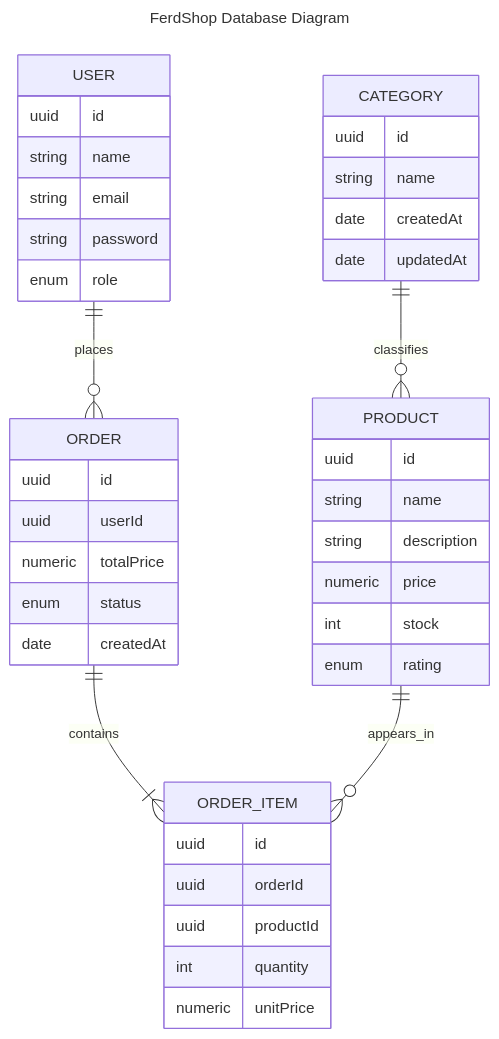
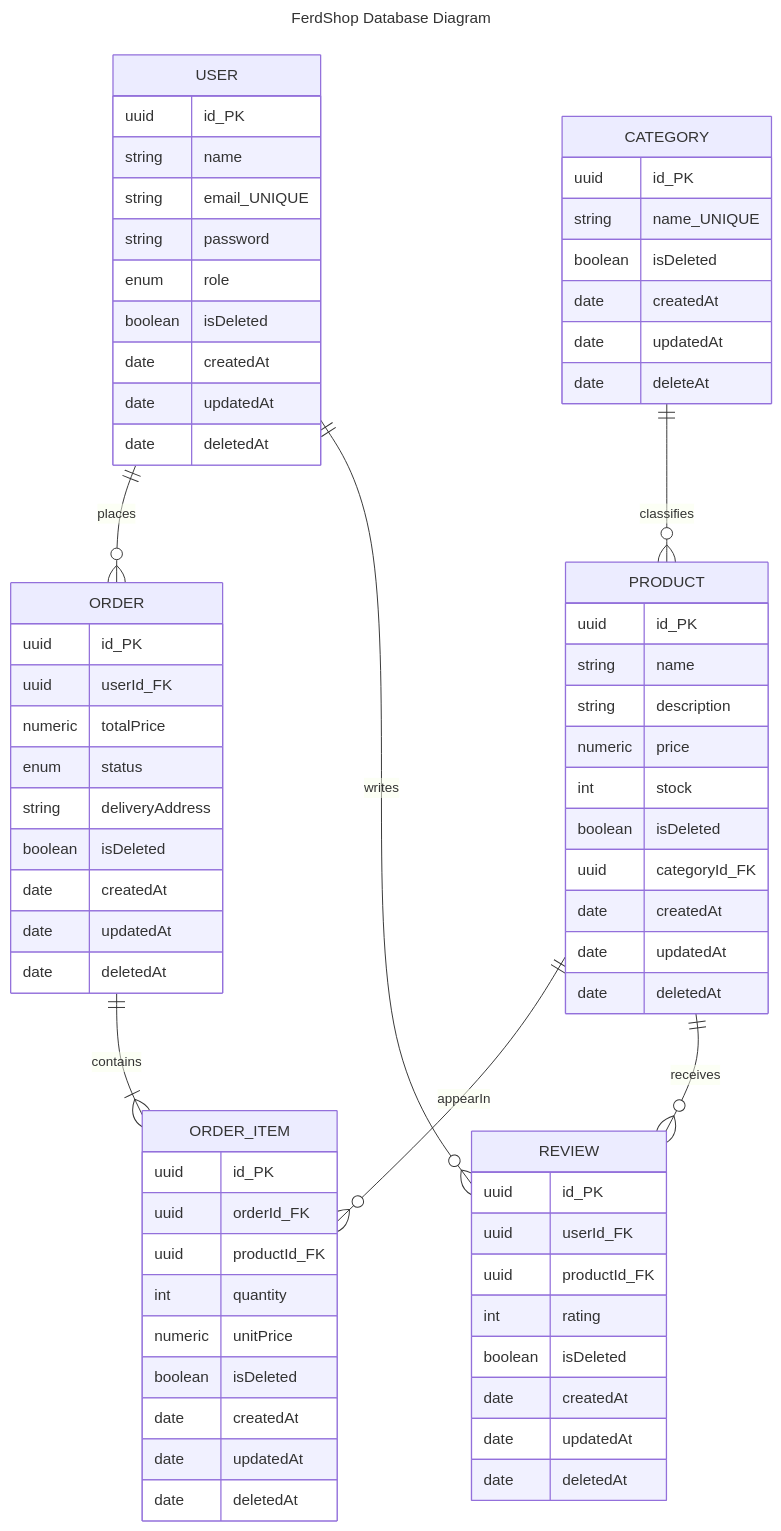
The diagram in documentations/database-diagram.mmd (lucassf2k/back-ferdshop), drawn with Mermaid before and after one commit.

Commit message:
docs: update database diagram

```diff
--- a/documentations/database-diagram.mmd
+++ b/documentations/database-diagram.mmd
@@ -1,48 +1,80 @@
 ---
 title: FerdShop Database Diagram
 ---
 erDiagram
   USER ||--o{ ORDER : places
   ORDER ||--|{ ORDER_ITEM : contains
-  PRODUCT ||--o{ ORDER_ITEM : appears_in
+  PRODUCT ||--o{ ORDER_ITEM : appearIn
   CATEGORY ||--o{ PRODUCT : classifies
 
-    CATEGORY {
-        uuid id
-        string name
-        date createdAt
-        date updatedAt
-    }
+  USER ||--o{ REVIEW : writes
+  PRODUCT ||--o{ REVIEW : receives
 
-    PRODUCT {
-        uuid id
-        string name
-        string description
-        numeric price
-        int stock
-        enum rating
-    }
+  CATEGORY {
+      uuid id_PK
+      string name_UNIQUE
+      boolean isDeleted
+      date createdAt
+      date updatedAt
+      date deleteAt
+  }
 
-    USER {
-        uuid id
-        string name
-        string email
-        string password
-        enum role
-    }
+  PRODUCT {
+      uuid id_PK
+      string name
+      string description
+      numeric price
+      int stock
+      boolean isDeleted
+      uuid categoryId_FK
+      date createdAt
+      date updatedAt
+      date deletedAt
+  }
 
-    ORDER {
-        uuid id
-        uuid userId
-        numeric totalPrice
-        enum status
-        date createdAt
-    }
+  USER {
+      uuid id_PK
+      string name
+      string email_UNIQUE
+      string password
+      enum role
+      boolean isDeleted
+      date createdAt
+      date updatedAt
+      date deletedAt
+  }
 
-    ORDER_ITEM {
-        uuid id
-        uuid orderId
-        uuid productId
-        int quantity
-        numeric unitPrice
-    }
+  ORDER {
+      uuid id_PK
+      uuid userId_FK
+      numeric totalPrice
+      enum status
+      string deliveryAddress
+      boolean isDeleted
+      date createdAt
+      date updatedAt
+      date deletedAt
+  }
+
+  ORDER_ITEM {
+      uuid id_PK
+      uuid orderId_FK
+      uuid productId_FK
+      int quantity
+      numeric unitPrice
+      boolean isDeleted
+      date createdAt
+      date updatedAt
+      date deletedAt
+  }
+
+  REVIEW {
+      uuid id_PK
+      uuid userId_FK
+      uuid productId_FK
+      int rating
+      boolean isDeleted
+      date createdAt
+      date updatedAt
+      date deletedAt
+  }
```
